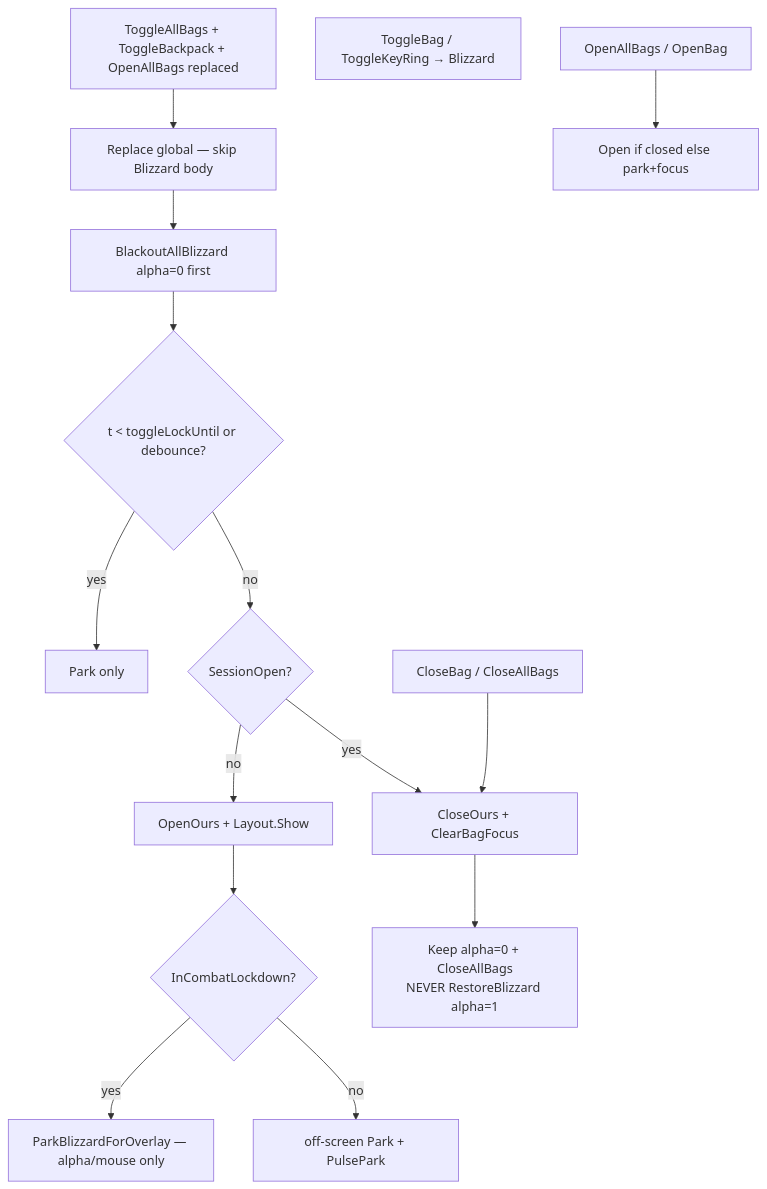
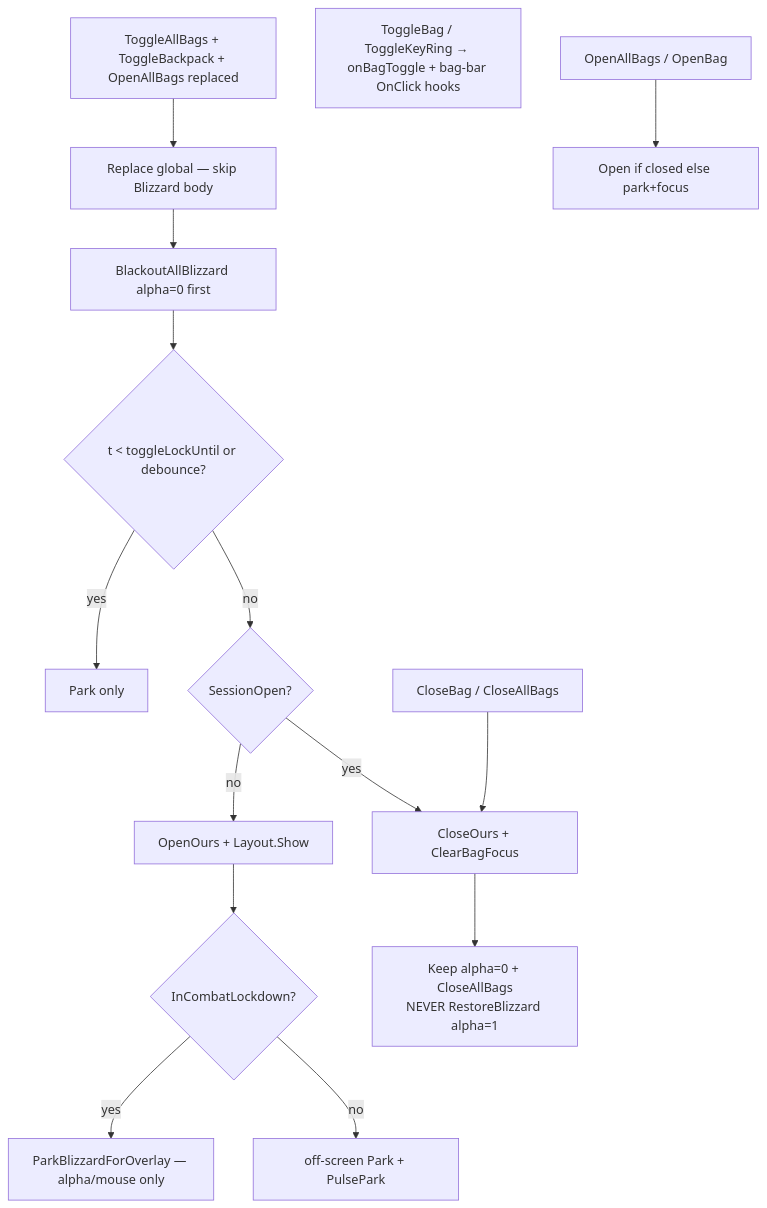
The first of 6 diagrams in addons/BetterBackpack/Docs/loops.md (sirTurbisCZ/wow-forever-addons), drawn with Mermaid before and after one commit. The commit also changed other lines of this file and 4 other files, not shown here.

First line of the commit message:
fix(BetterBackpack): bag-bar click open (1.0.1)

````diff
--- a/addons/BetterBackpack/Docs/loops.md
+++ b/addons/BetterBackpack/Docs/loops.md
@@ -11,18 +11,18 @@
 ```mermaid
 flowchart TD
   B[ToggleAllBags + ToggleBackpack + OpenAllBags replaced]
-  Bar[ToggleBag / ToggleKeyRing → Blizzard]
+  Bar[ToggleBag / ToggleKeyRing → onBagToggle + bag-bar OnClick hooks]
   B --> Rep[Replace global — skip Blizzard body]
   Rep --> Black[BlackoutAllBlizzard alpha=0 first]
   Black --> Lock{t < toggleLockUntil or debounce?}
   Lock -->|yes| Pulse[Park only]
   Lock -->|no| Vis{SessionOpen?}
   Vis -->|no| Open[OpenOurs + Layout.Show]
   Open --> ParkMode{InCombatLockdown?}
   ParkMode -->|yes| AlphaOnly[ParkBlizzardForOverlay — alpha/mouse only]
   ParkMode -->|no| OffPark[off-screen Park + PulsePark]
   Vis -->|yes| Close[CloseOurs + ClearBagFocus]
   Close --> Keep0[Keep alpha=0 + CloseAllBags<br/>NEVER RestoreBlizzard alpha=1]
   OpenOnly[OpenAllBags / OpenBag] --> OpenOrPark[Open if closed else park+focus]
   CloseAPI[CloseBag / CloseAllBags] --> Close
 ```
````
